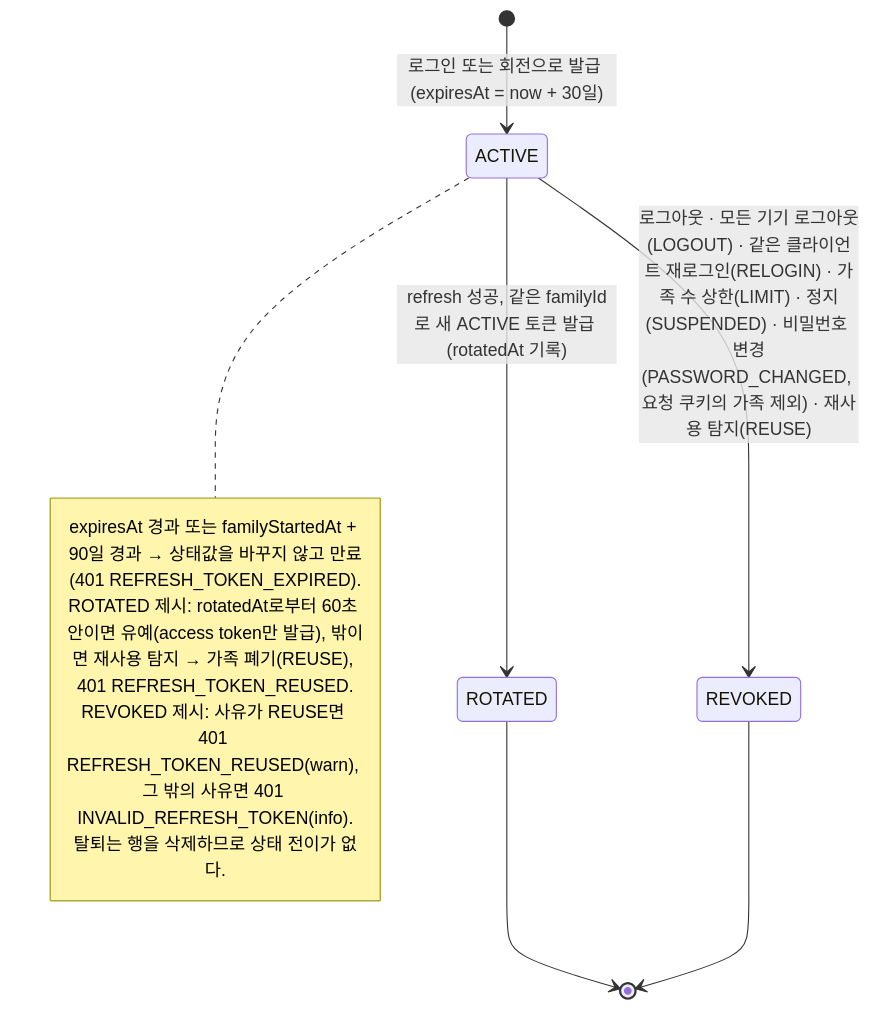
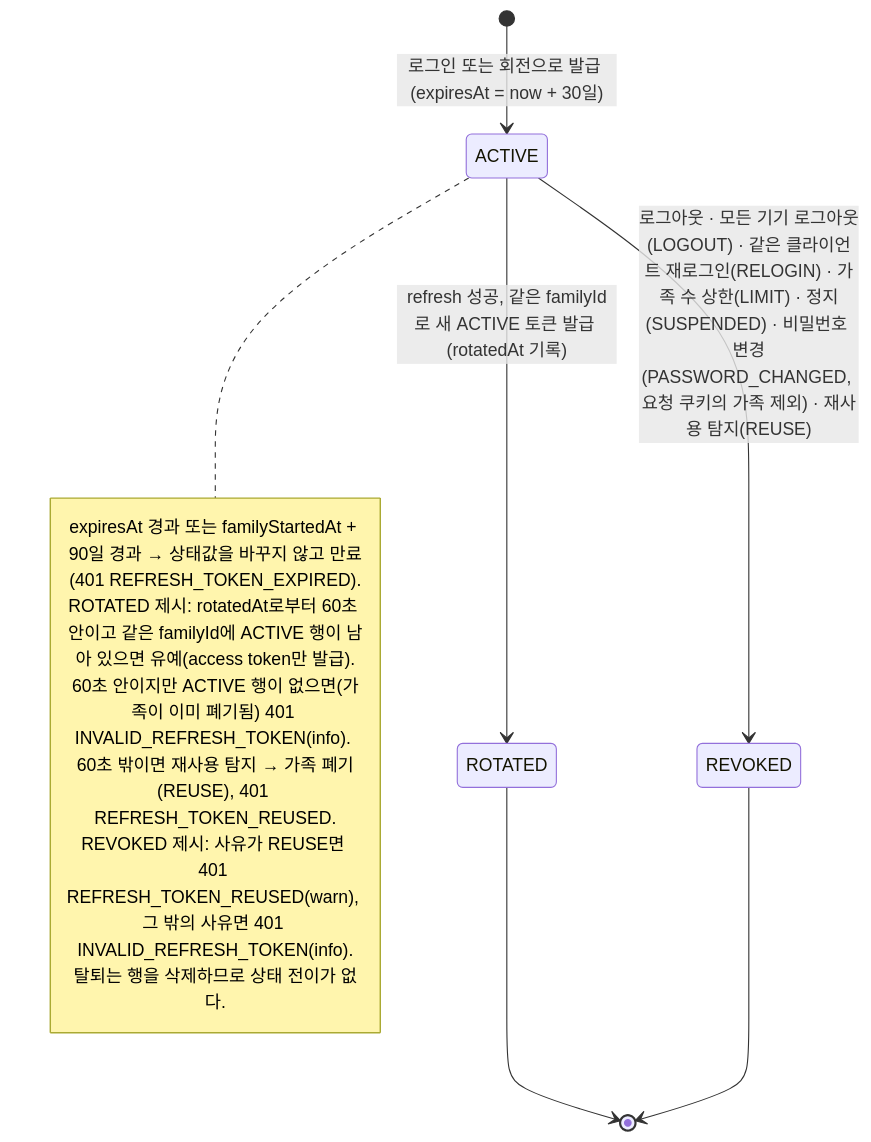
Before and after one commit to YongjaeKwon/oneul-sai: the third of 6 diagrams in docs/specs/SPEC-001-member-auth.md, drawn with Mermaid. The commit also changed other lines of this file and 3 other files, not shown here.

````diff
--- a/docs/specs/SPEC-001-member-auth.md
+++ b/docs/specs/SPEC-001-member-auth.md
@@ -216,14 +218,15 @@
 ```mermaid
 stateDiagram-v2
     [*] --> ACTIVE: 로그인 또는 회전으로 발급 (expiresAt = now + 30일)
     ACTIVE --> ROTATED: refresh 성공, 같은 familyId로 새 ACTIVE 토큰 발급 (rotatedAt 기록)
     ACTIVE --> REVOKED: 로그아웃 · 모든 기기 로그아웃(LOGOUT) · 같은 클라이언트 재로그인(RELOGIN) · 가족 수 상한(LIMIT) · 정지(SUSPENDED) · 비밀번호 변경(PASSWORD_CHANGED, 요청 쿠키의 가족 제외) · 재사용 탐지(REUSE)
     ROTATED --> [*]
     REVOKED --> [*]
     note right of ACTIVE
         expiresAt 경과 또는 familyStartedAt + 90일 경과 → 상태값을 바꾸지 않고 만료(401 REFRESH_TOKEN_EXPIRED).
-        ROTATED 제시: rotatedAt로부터 60초 안이면 유예(access token만 발급), 밖이면 재사용 탐지 → 가족 폐기(REUSE), 401 REFRESH_TOKEN_REUSED.
+        ROTATED 제시: rotatedAt로부터 60초 안이고 같은 familyId에 ACTIVE 행이 남아 있으면 유예(access token만 발급).
+        60초 안이지만 ACTIVE 행이 없으면(가족이 이미 폐기됨) 401 INVALID_REFRESH_TOKEN(info). 60초 밖이면 재사용 탐지 → 가족 폐기(REUSE), 401 REFRESH_TOKEN_REUSED.
         REVOKED 제시: 사유가 REUSE면 401 REFRESH_TOKEN_REUSED(warn), 그 밖의 사유면 401 INVALID_REFRESH_TOKEN(info).
         탈퇴는 행을 삭제하므로 상태 전이가 없다.
     end note
 ```
````
